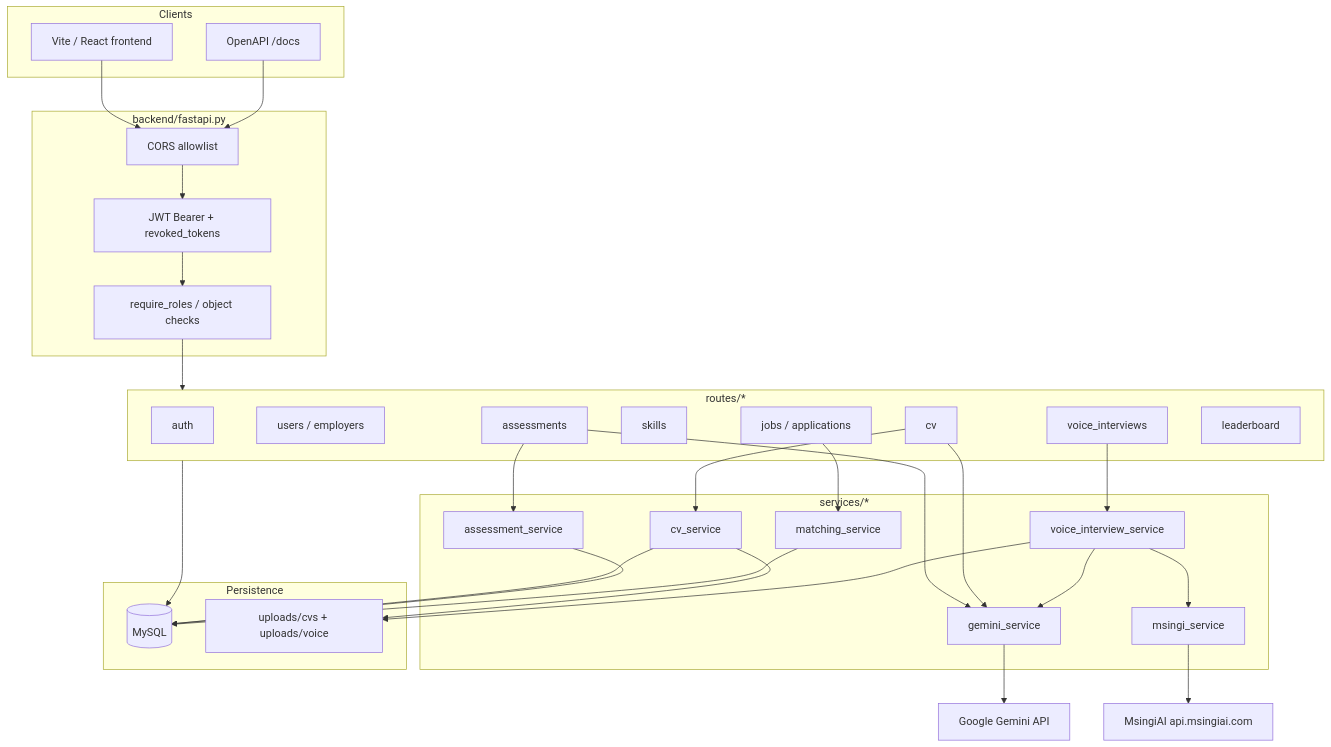
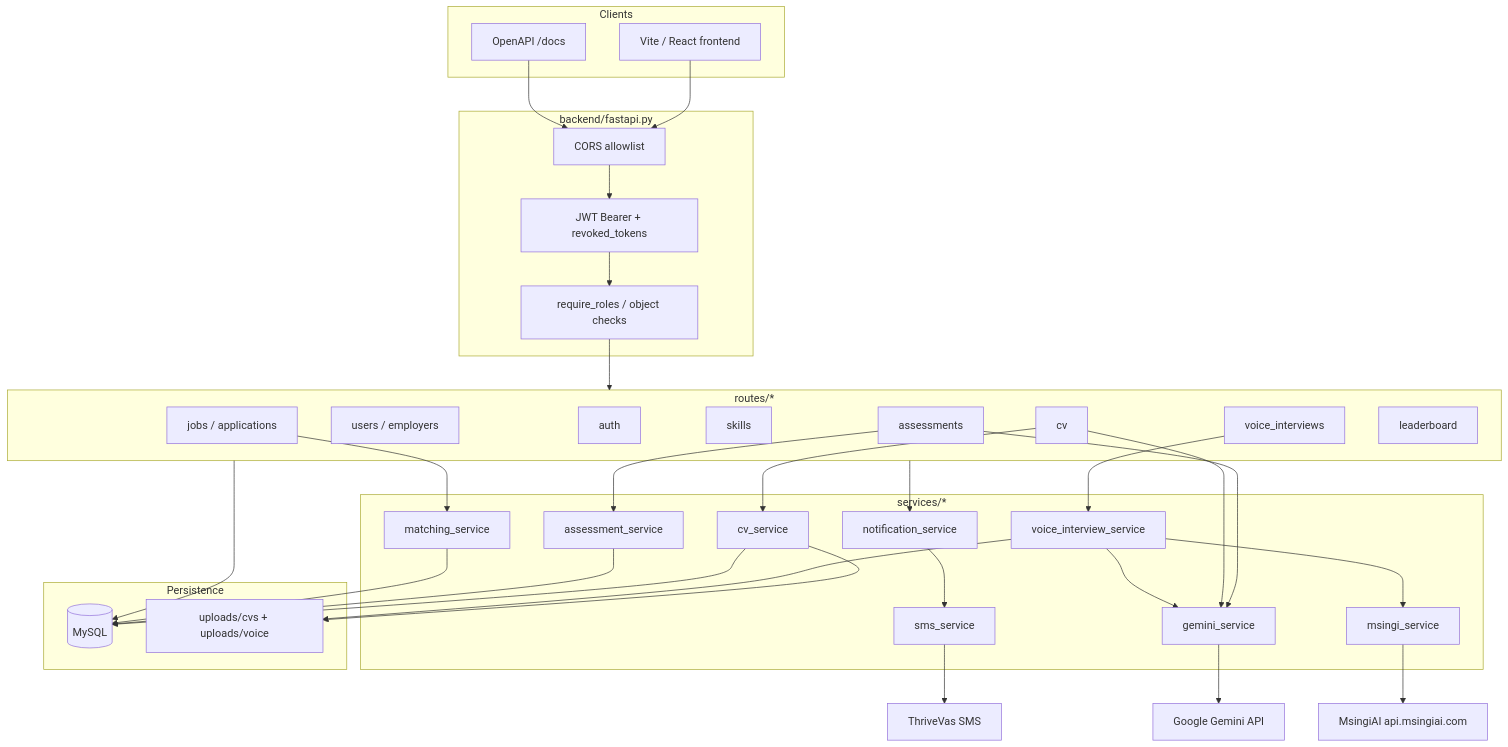
Before and after one commit to Peterh04/thibitishaSkillz: the first of 5 diagrams in backend/ARCHITECTURE.md, drawn with Mermaid. The commit also changed other lines of this file and 19 other files, not shown here.

First line of the commit message:
Add bilingual voice interviews, Thrive SMS hooks, and female4 default voice.

````diff
--- a/backend/ARCHITECTURE.md
+++ b/backend/ARCHITECTURE.md
@@ -11,61 +11,67 @@
 ```mermaid
 flowchart TB
   subgraph Clients
     FE[Vite / React frontend]
     DOCS[OpenAPI /docs]
   end
 
   subgraph API["backend/fastapi.py"]
     CORS[CORS allowlist]
     JWT[JWT Bearer + revoked_tokens]
     RBAC[require_roles / object checks]
   end
 
   subgraph Routes["routes/*"]
     RAuth[auth]
     RUsers[users / employers]
     RCV[cv]
     RSkills[skills]
     RAssess[assessments]
     RVoice[voice_interviews]
     RJobs[jobs / applications]
     RBoard[leaderboard]
   end
 
   subgraph Services["services/*"]
     SCV[cv_service]
     SAssess[assessment_service]
     SVoice[voice_interview_service]
     SMatch[matching_service]
     SGemini[gemini_service]
     SMsingi[msingi_service]
+    SSms[sms_service]
+    SNotify[notification_service]
   end
 
   subgraph Persistence
     DB[(MySQL)]
     FILES[uploads/cvs + uploads/voice]
   end
 
   AI[Google Gemini API]
   MSINGI[MsingiAI api.msingiai.com]
+  THRIVE[ThriveVas SMS]
 
   FE --> CORS
   DOCS --> CORS
   CORS --> JWT --> RBAC --> Routes
   RCV --> SCV
   RAssess --> SAssess
   RAssess --> SGemini
   RCV --> SGemini
   RVoice --> SVoice
   SVoice --> SGemini
   SVoice --> SMsingi
   RJobs --> SMatch
   SCV --> FILES
   SVoice --> FILES
   SCV --> DB
   SAssess --> DB
   SMatch --> DB
   SGemini --> AI
   SMsingi --> MSINGI
+  SNotify --> SSms
+  SSms --> THRIVE
+  Routes --> SNotify
   Routes --> DB
 ```
````
